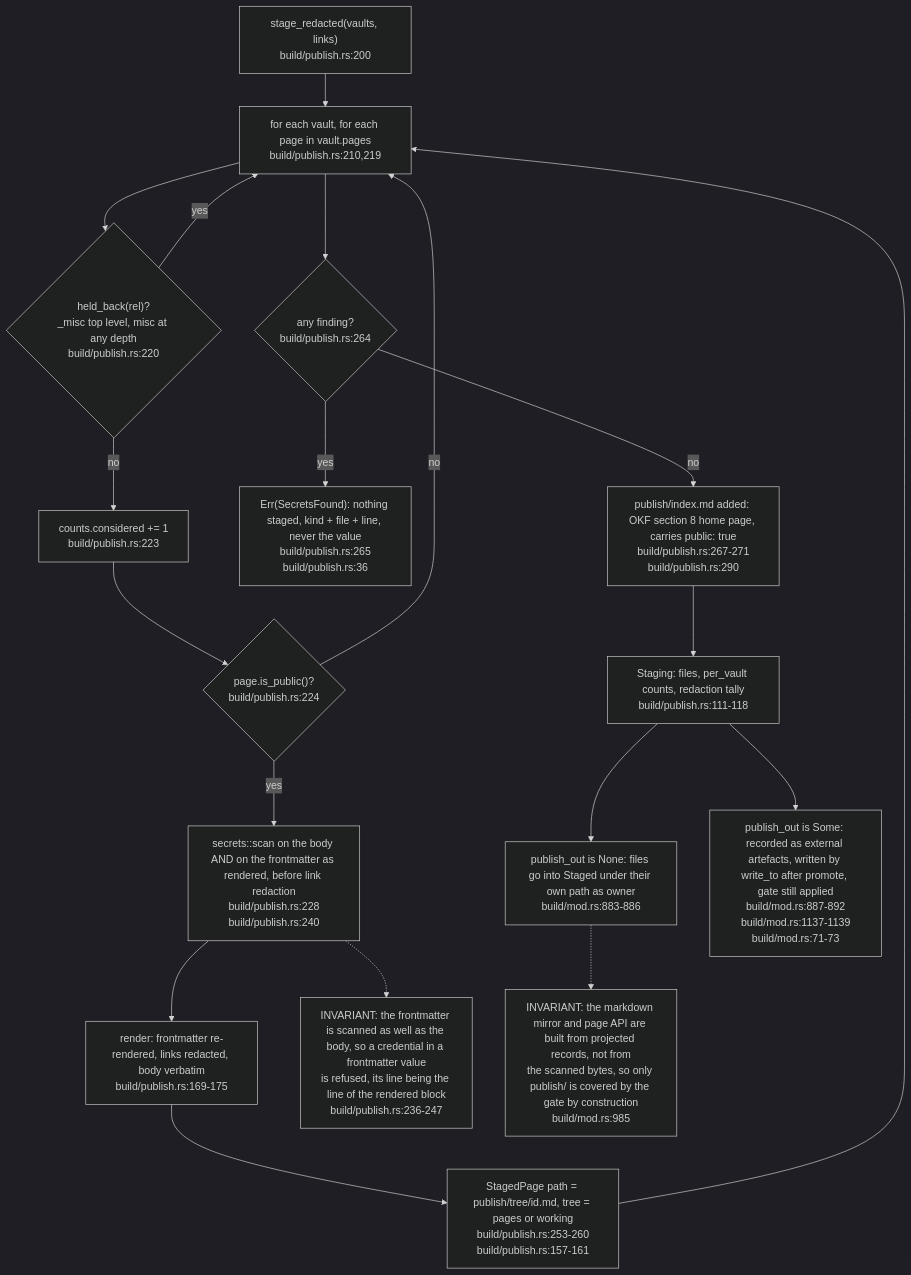
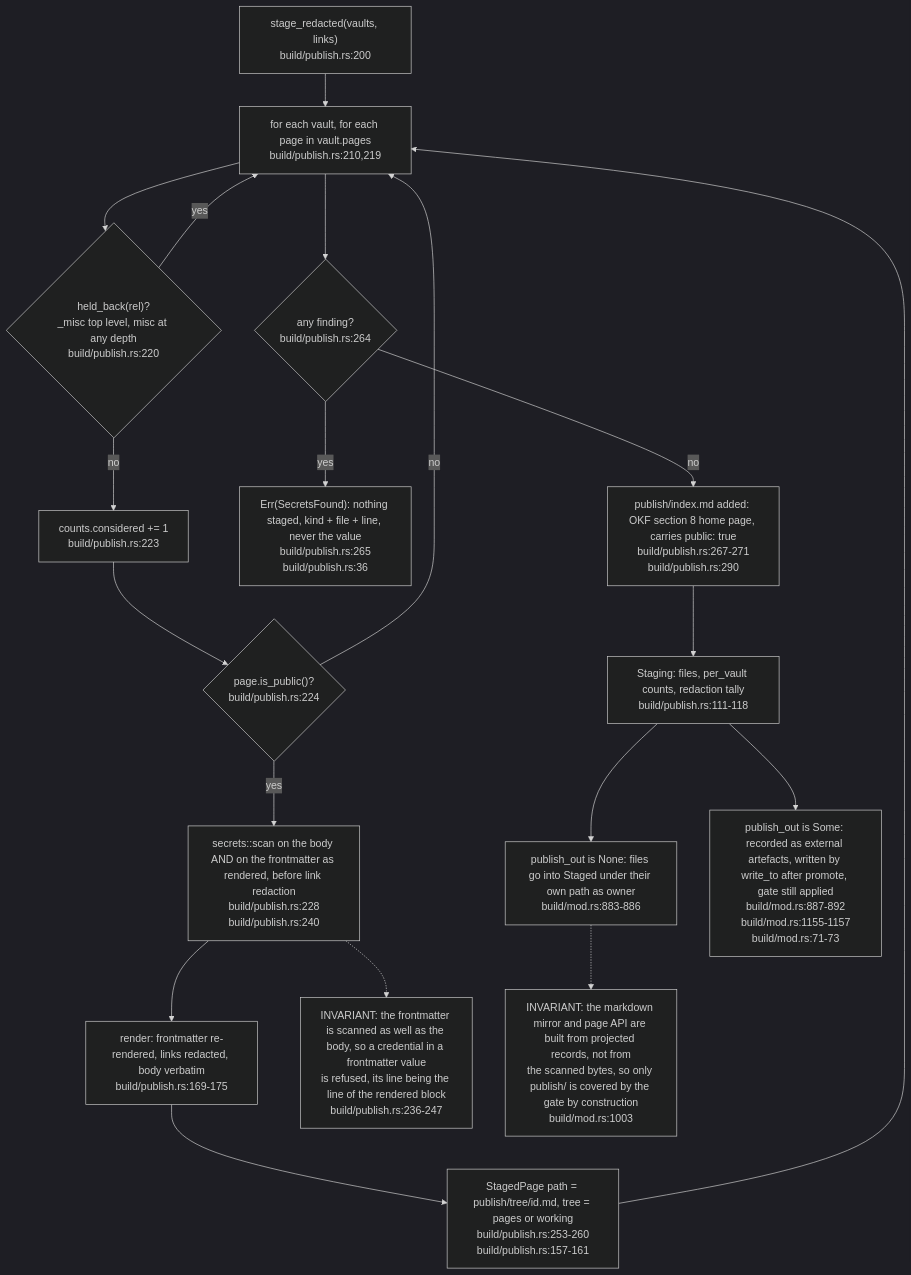
One commit to DreamLab-AI/VisionFlow changed the fourth of 8 diagrams in docs/diagrams/ontomark/03-build-run-gates-staging-and-generation.md. Above: the diagram before and after it, drawn with Mermaid (dark theme). The commit also changed other lines of this file and 70 other files, not shown here.

First line of the commit message:
docs(diagrams): re-verify 69 topics at current default-branch heads

````diff
--- a/docs/diagrams/ontomark/03-build-run-gates-staging-and-generation.md
+++ b/docs/diagrams/ontomark/03-build-run-gates-staging-and-generation.md
@@ -153,31 +155,31 @@
 ```mermaid
 flowchart TD
     IN["stage_redacted(vaults, links)<br/>build/publish.rs:200"]
     LOOP["for each vault, for each page in vault.pages<br/>build/publish.rs:210,219"]
     HB{"held_back(rel)?<br/>_misc top level, misc at any depth<br/>build/publish.rs:220"}
     CONS["counts.considered += 1<br/>build/publish.rs:223"]
     PUBQ{"page.is_public()?<br/>build/publish.rs:224"}
     SCAN["secrets::scan on the body AND on the frontmatter as rendered, before link redaction<br/>build/publish.rs:228<br/>build/publish.rs:240"]
     REND["render: frontmatter re-rendered, links redacted, body verbatim<br/>build/publish.rs:169-175"]
     PUSH["StagedPage path = publish/tree/id.md, tree = pages or working<br/>build/publish.rs:253-260<br/>build/publish.rs:157-161"]
     FIND{"any finding?<br/>build/publish.rs:264"}
     ERR["Err(SecretsFound): nothing staged, kind + file + line, never the value<br/>build/publish.rs:265<br/>build/publish.rs:36"]
     IDX["publish/index.md added: OKF section 8 home page, carries public: true<br/>build/publish.rs:267-271<br/>build/publish.rs:290"]
     RET["Staging: files, per_vault counts, redaction tally<br/>build/publish.rs:111-118"]
     BUN["publish_out is None: files go into Staged under their own path as owner<br/>build/mod.rs:883-886"]
-    SEP["publish_out is Some: recorded as external artefacts, written by write_to after promote, gate still applied<br/>build/mod.rs:887-892<br/>build/mod.rs:1137-1139<br/>build/mod.rs:71-73"]
+    SEP["publish_out is Some: recorded as external artefacts, written by write_to after promote, gate still applied<br/>build/mod.rs:887-892<br/>build/mod.rs:1155-1157<br/>build/mod.rs:71-73"]
     N1["INVARIANT: the frontmatter is scanned as well as the body, so a credential in a frontmatter value<br/>is refused, its line being the line of the rendered block<br/>build/publish.rs:236-247"]
-    N2["INVARIANT: the markdown mirror and page API are built from projected records, not from<br/>the scanned bytes, so only publish/ is covered by the gate by construction<br/>build/mod.rs:985"]
+    N2["INVARIANT: the markdown mirror and page API are built from projected records, not from<br/>the scanned bytes, so only publish/ is covered by the gate by construction<br/>build/mod.rs:1003"]
     IN --> LOOP --> HB
     HB -- yes --> LOOP
     HB -- no --> CONS --> PUBQ
     PUBQ -- no --> LOOP
     PUBQ -- yes --> SCAN --> REND --> PUSH --> LOOP
     LOOP --> FIND
     FIND -- yes --> ERR
     FIND -- no --> IDX --> RET
     RET --> BUN
     RET --> SEP
     SCAN -.-> N1
     BUN -.-> N2
 ```
````
